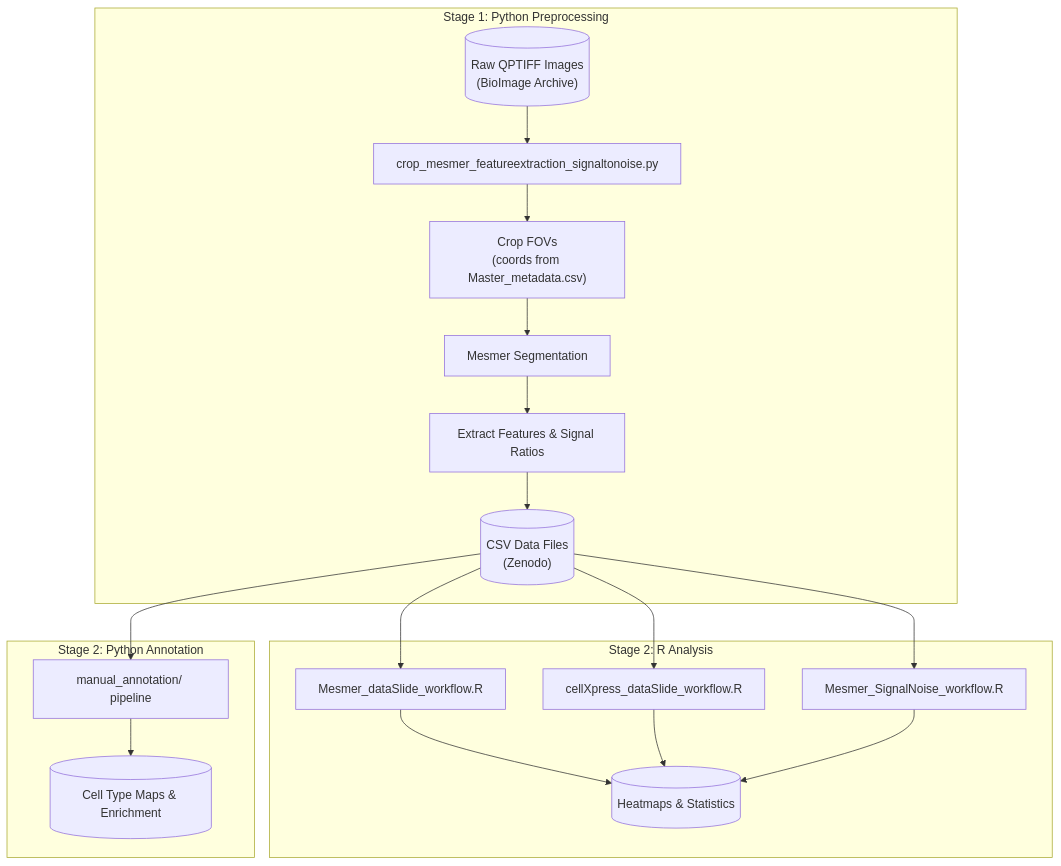
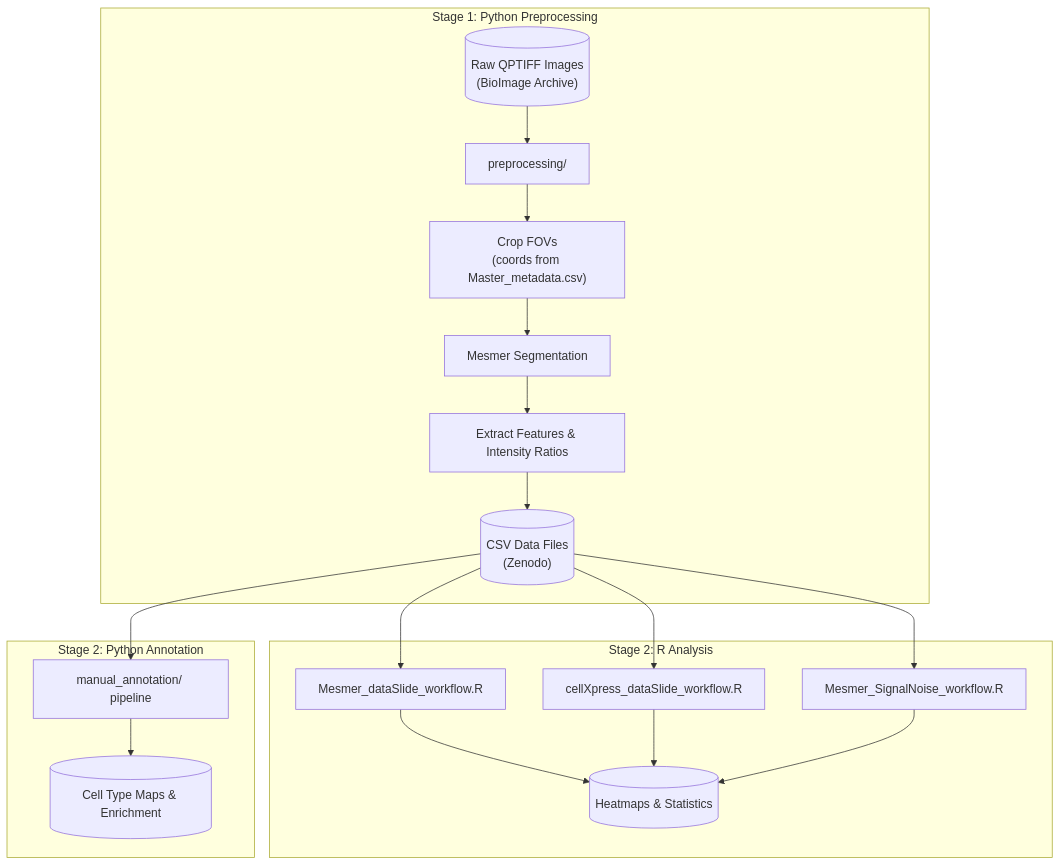
Before and after one commit to SizunJiangLab/Benchmarking_tissue_preparation: the diagram in README.md, drawn with Mermaid. The commit also changed other lines of this file and 6 other files, not shown here.

````diff
--- a/README.md
+++ b/README.md
@@ -64,24 +68,24 @@
 ```mermaid
 flowchart TD
     subgraph stage1["Stage 1: Python Preprocessing"]
-        A[("Raw QPTIFF Images<br/>(BioImage Archive)")] --> B["crop_mesmer_featureextraction_signaltonoise.py"]
+        A[("Raw QPTIFF Images<br/>(BioImage Archive)")] --> B["preprocessing/"]
         B --> C["Crop FOVs<br/>(coords from Master_metadata.csv)"]
         C --> D["Mesmer Segmentation"]
-        D --> E["Extract Features & Signal Ratios"]
+        D --> E["Extract Features & Intensity Ratios"]
         E --> F[("CSV Data Files<br/>(Zenodo)")]
     end
 
     subgraph stage2["Stage 2: R Analysis"]
         F --> G["Mesmer_dataSlide_workflow.R"]
         F --> H["cellXpress_dataSlide_workflow.R"]
         F --> I["Mesmer_SignalNoise_workflow.R"]
         G --> J[("Heatmaps & Statistics")]
         H --> J
         I --> J
     end
 
     subgraph stage2b["Stage 2: Python Annotation"]
         F --> K["manual_annotation/ pipeline"]
         K --> L[("Cell Type Maps & Enrichment")]
     end
 ```
````
